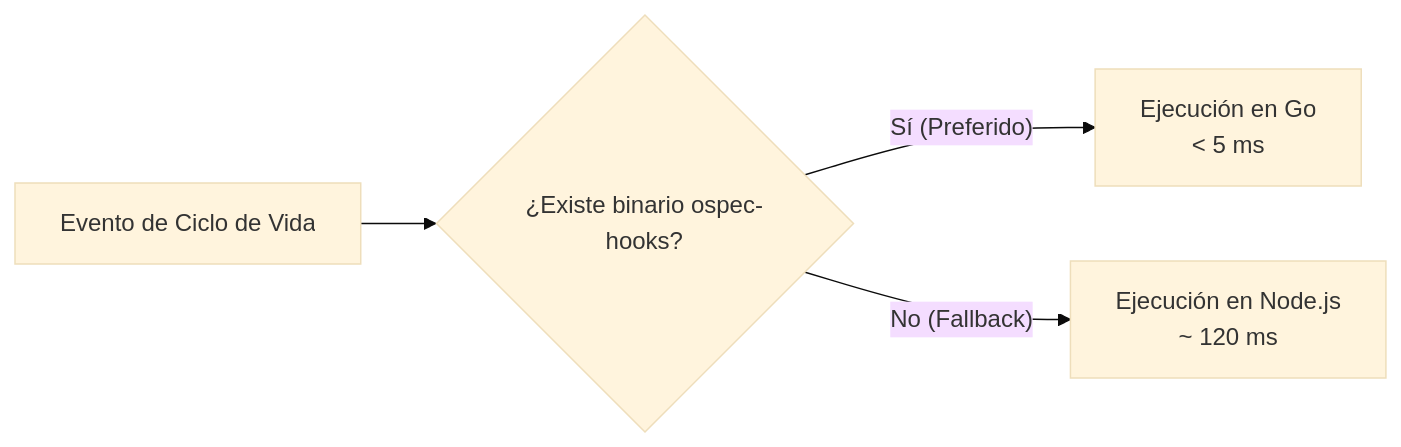
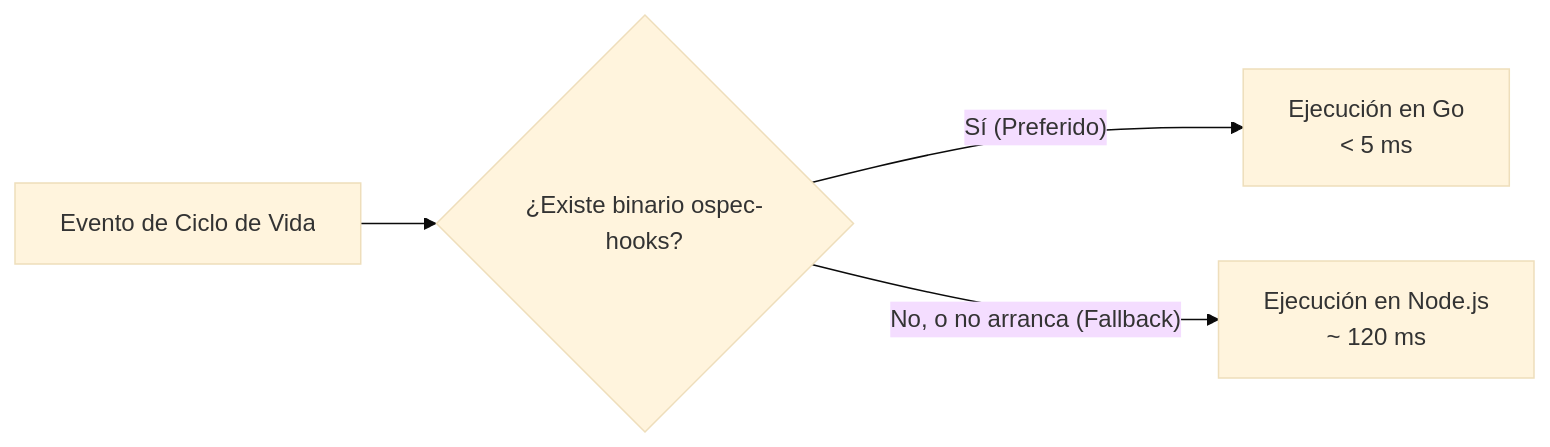
Before and after one commit to Snakeblack/ospec-workflow: the diagram in openwiki/hooks-runtime/go-implementation.md, drawn with Mermaid (base theme). The commit also changed other lines of this file and 7 other files, not shown here.

First line of the commit message:
fix(hooks): ejecutar el hook Node cuando el binario ospec-hooks no arranca

````diff
--- a/openwiki/hooks-runtime/go-implementation.md
+++ b/openwiki/hooks-runtime/go-implementation.md
@@ -16,8 +16,8 @@
 ```mermaid
 flowchart LR
     A["Evento de Ciclo de Vida"] --> B{"¿Existe binario ospec-hooks?"}
     B -->|"Sí (Preferido)"| C["Ejecución en Go
 < 5 ms"]
-    B -->|"No (Fallback)"| D["Ejecución en Node.js
+    B -->|"No, o no arranca (Fallback)"| D["Ejecución en Node.js
 ~ 120 ms"]
 ```
````
